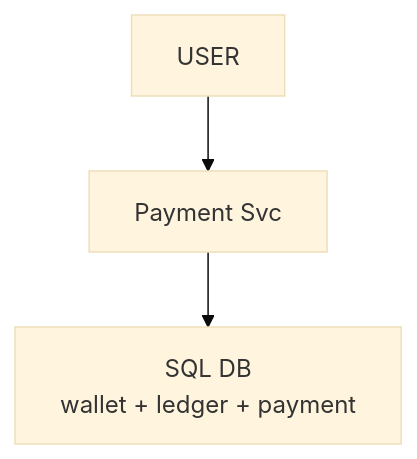
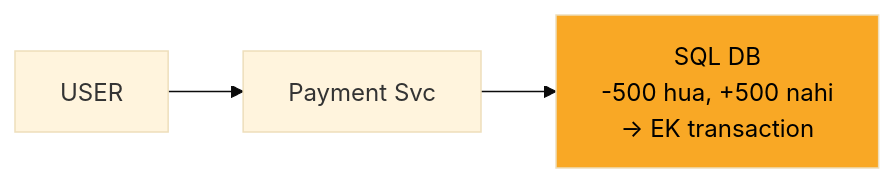
Before and after one commit to ArpanMaheshwari144/Prep: the second of 12 diagrams in 04_HLD/SYSTEM_DESIGNS/06_payment_system/06_payment_system.md, drawn with Mermaid (base theme). The commit also changed other lines of this file and 2 other files, not shown here.

Commit message:
notification, payment, file upload: one-day story, short cards, follow-ups with rules, highlighted diagrams

````diff
--- a/04_HLD/SYSTEM_DESIGNS/06_payment_system/06_payment_system.md
+++ b/04_HLD/SYSTEM_DESIGNS/06_payment_system/06_payment_system.md
@@ -92,8 +120,9 @@
 ```mermaid
-flowchart TD
+flowchart LR
     n_USER["USER"]
     n_Payment_Svc["Payment Svc"]
-    n_DB["SQL DB<br/>wallet + ledger + payment"]
+    n_DB["SQL DB<br/>-500 hua, +500 nahi<br/>-> EK transaction"]
     n_USER --> n_Payment_Svc
     n_Payment_Svc --> n_DB
+    style n_DB fill:#f9a825,color:#000
 ```
````
